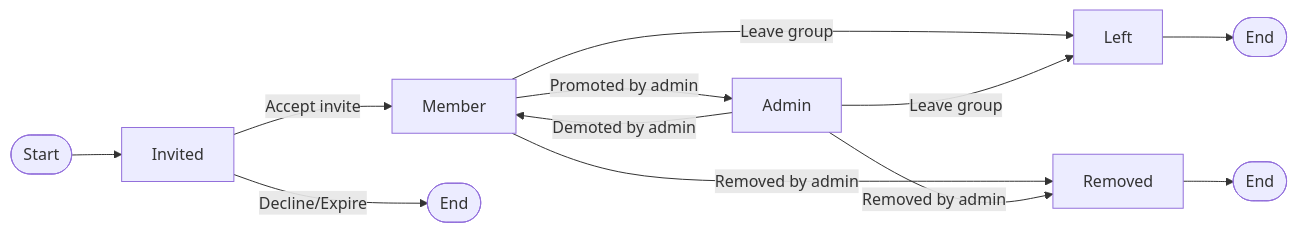
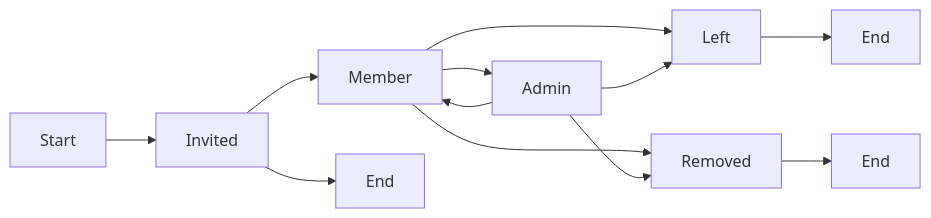
One commit to vd120/laravel_project changed diagram 22 of 29 in UML.md. Above: the diagram before and after it, drawn with Mermaid. The commit also changed other lines of this file, not shown here.

````diff
--- a/UML.md
+++ b/UML.md
@@ -1151,14 +1143,14 @@
 ```mermaid
 flowchart LR
-    A([Start]) --> B[Invited]
-    B -->|Accept invite| C[Member]
-    B -->|Decline/Expire| D([End])
-    C -->|Promoted by admin| E[Admin]
-    E -->|Demoted by admin| C
-    C -->|Leave group| F[Left]
-    E -->|Leave group| F
-    C -->|Removed by admin| G[Removed]
-    E -->|Removed by admin| G
-    F --> H([End])
-    G --> I([End])
+    A[Start] --> B[Invited]
+    B --> C[Member]
+    B --> D[End]
+    C --> E[Admin]
+    E --> C
+    C --> F[Left]
+    E --> F
+    C --> G[Removed]
+    E --> G
+    F --> H[End]
+    G --> I[End]
 ```
````
